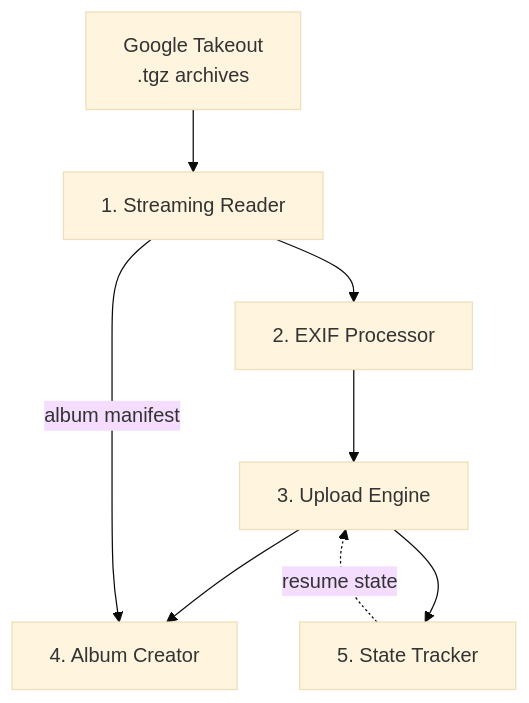
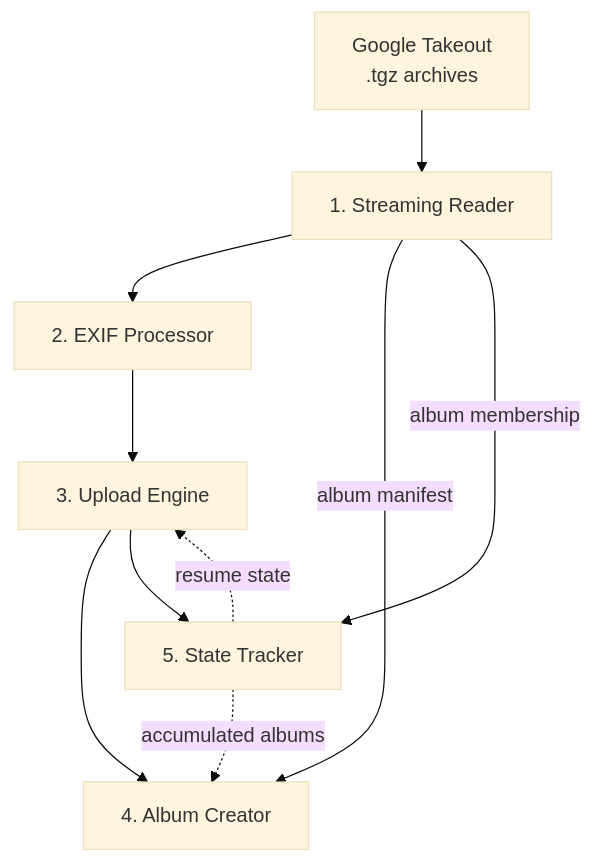
One commit to mmornati/gphoto2proton changed the first of 3 diagrams in docs/how-it-works.md. Above: the diagram before and after it, drawn with Mermaid (base theme). The commit also changed other lines of this file and 11 other files, not shown here.

````diff
--- a/docs/how-it-works.md
+++ b/docs/how-it-works.md
@@ -5,11 +5,13 @@
 ```mermaid
 graph TD
     A[Google Takeout<br/>.tgz archives] --> B[1. Streaming Reader]
     B --> C[2. EXIF Processor]
     C --> D[3. Upload Engine]
     D --> E[4. Album Creator]
     D --> F[5. State Tracker]
 
     B -->|album manifest| E
+    B -->|album membership| F
     F -.->|resume state| D
+    F -.->|accumulated albums| E
 ```
````
